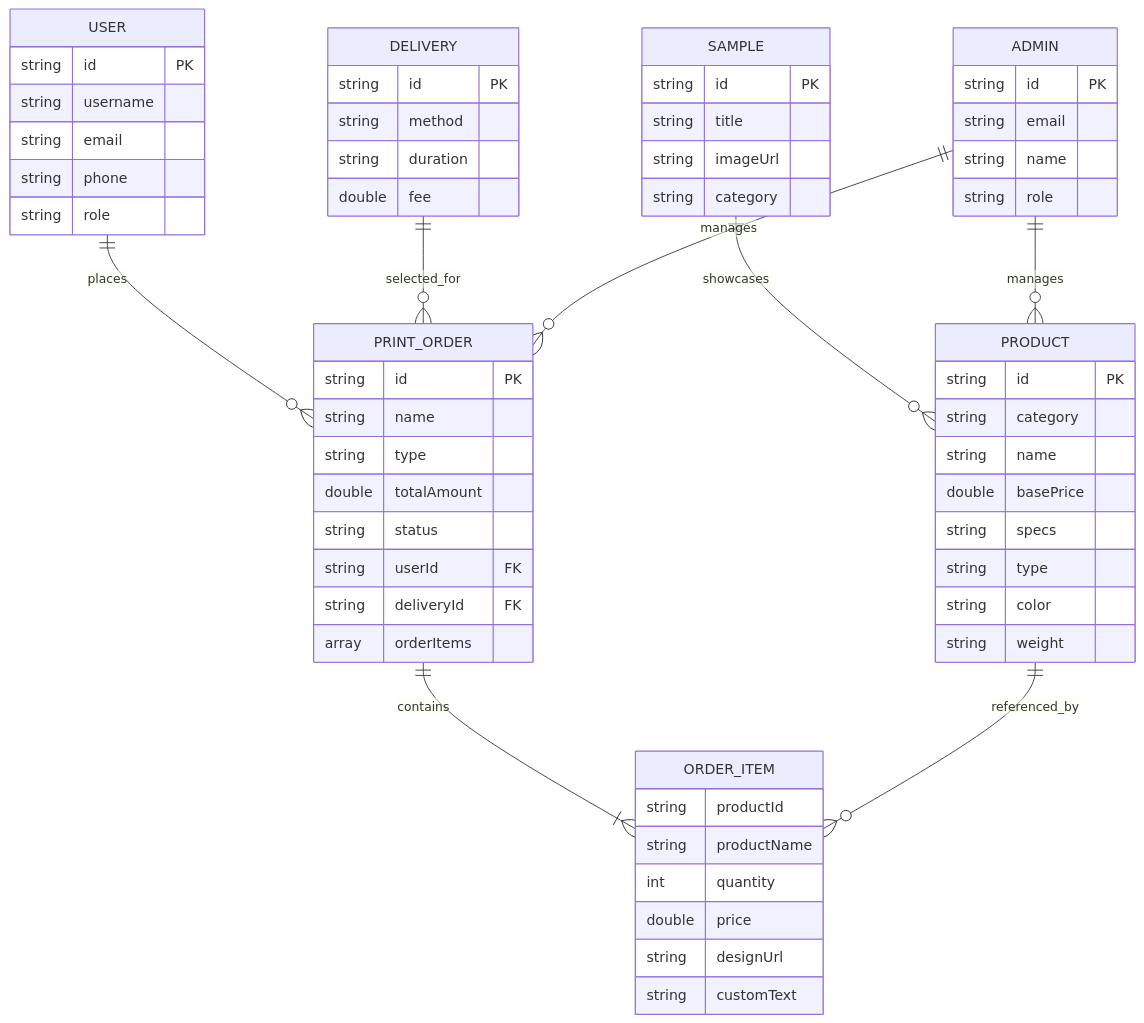
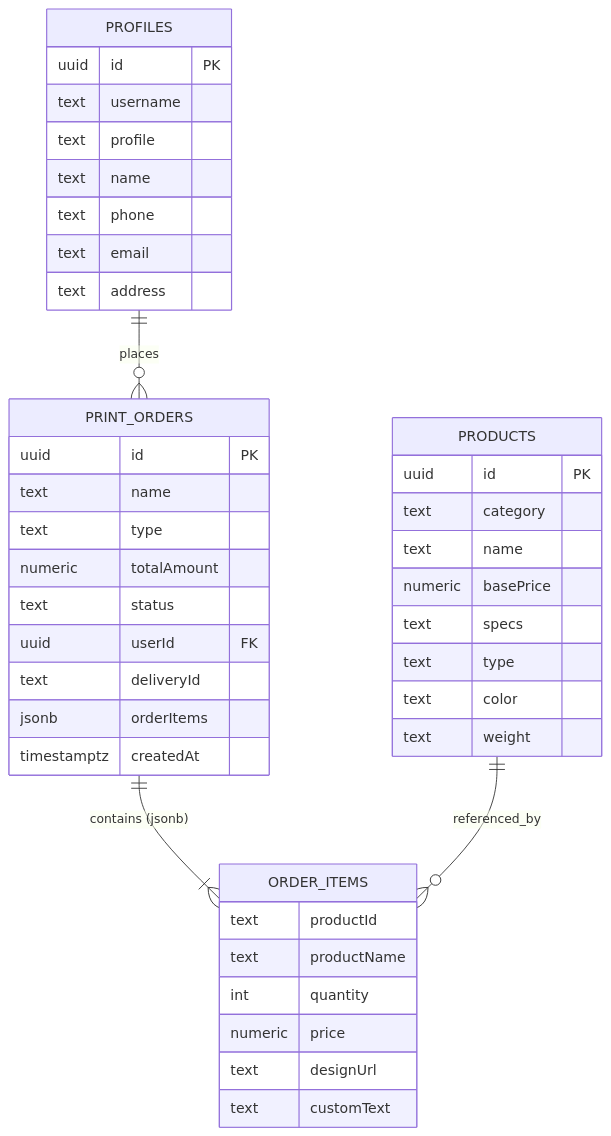
Before and after one commit to Fathima-Asna/ICBT-MAD-Assignment: the seventh of 8 diagrams in README.md, drawn with Mermaid. The commit also changed other lines of this file and 69 other files, not shown here.

````diff
--- a/README.md
+++ b/README.md
@@ -490,70 +375,48 @@
 ```mermaid
 erDiagram
-    USER ||--o{ PRINT_ORDER : places
-    PRINT_ORDER ||--|{ ORDER_ITEM : contains
-    PRODUCT ||--o{ ORDER_ITEM : referenced_by
-    DELIVERY ||--o{ PRINT_ORDER : selected_for
-    SAMPLE ||--o{ PRODUCT : showcases
-    ADMIN ||--o{ PRODUCT : manages
-    ADMIN ||--o{ PRINT_ORDER : manages
+    PROFILES ||--o{ PRINT_ORDERS : places
+    PRINT_ORDERS ||--|{ ORDER_ITEMS : "contains (jsonb)"
+    PRODUCTS ||--o{ ORDER_ITEMS : referenced_by
 
-    USER {
-        string id PK
-        string username
-        string email
-        string phone
-        string role
+    PROFILES {
+        uuid id PK
+        text username
+        text profile
+        text name
+        text phone
+        text email
+        text address
     }
 
-    PRODUCT {
-        string id PK
-        string category
-        string name
-        double basePrice
-        string specs
-        string type
-        string color
-        string weight
+    PRODUCTS {
+        uuid id PK
+        text category
+        text name
+        numeric basePrice
+        text specs
+        text type
+        text color
+        text weight
     }
 
-    ORDER_ITEM {
-        string productId
-        string productName
+    ORDER_ITEMS {
+        text productId
+        text productName
         int quantity
-        double price
-        string designUrl
-        string customText
+        numeric price
+        text designUrl
+        text customText
     }
 
-    PRINT_ORDER {
-        string id PK
-        string name
-        string type
-        double totalAmount
-        string status
-        string userId FK
-        string deliveryId FK
-        array orderItems
-    }
-
-    DELIVERY {
-        string id PK
-        string method
-        string duration
-        double fee
-    }
-
-    SAMPLE {
-        string id PK
-        string title
-        string imageUrl
-        string category
-    }
-
-    ADMIN {
-        string id PK
-        string email
-        string name
-        string role
+    PRINT_ORDERS {
+        uuid id PK
+        text name
+        text type
+        numeric totalAmount
+        text status
+        uuid userId FK
+        text deliveryId
+        jsonb orderItems
+        timestamptz createdAt
     }
 ```
````
